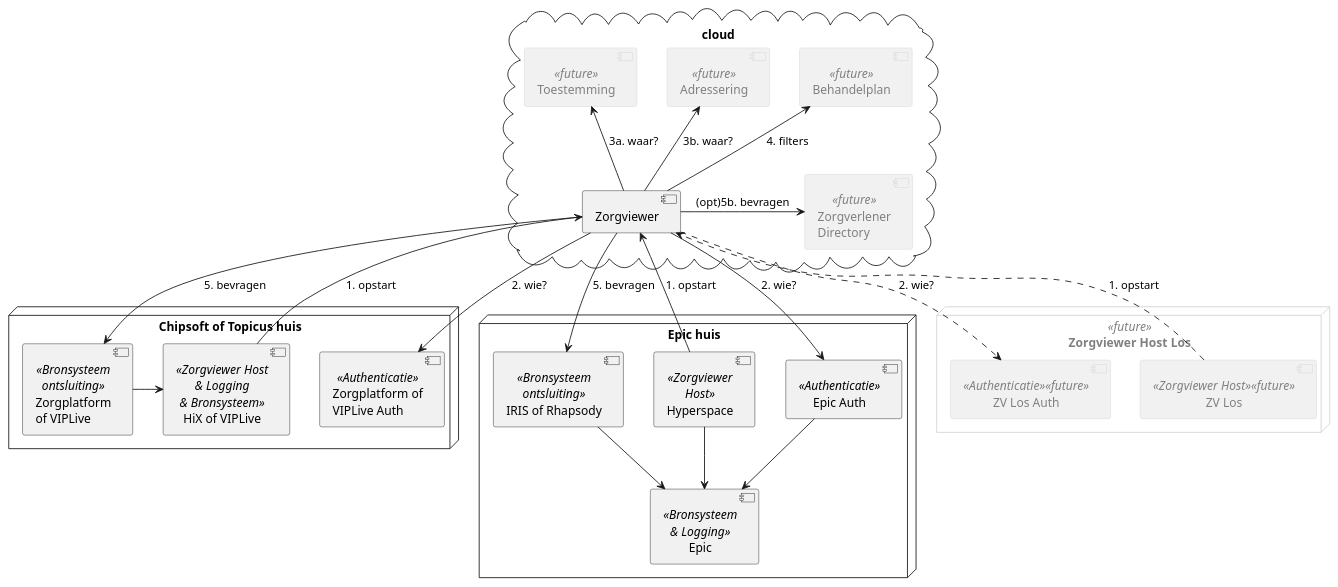
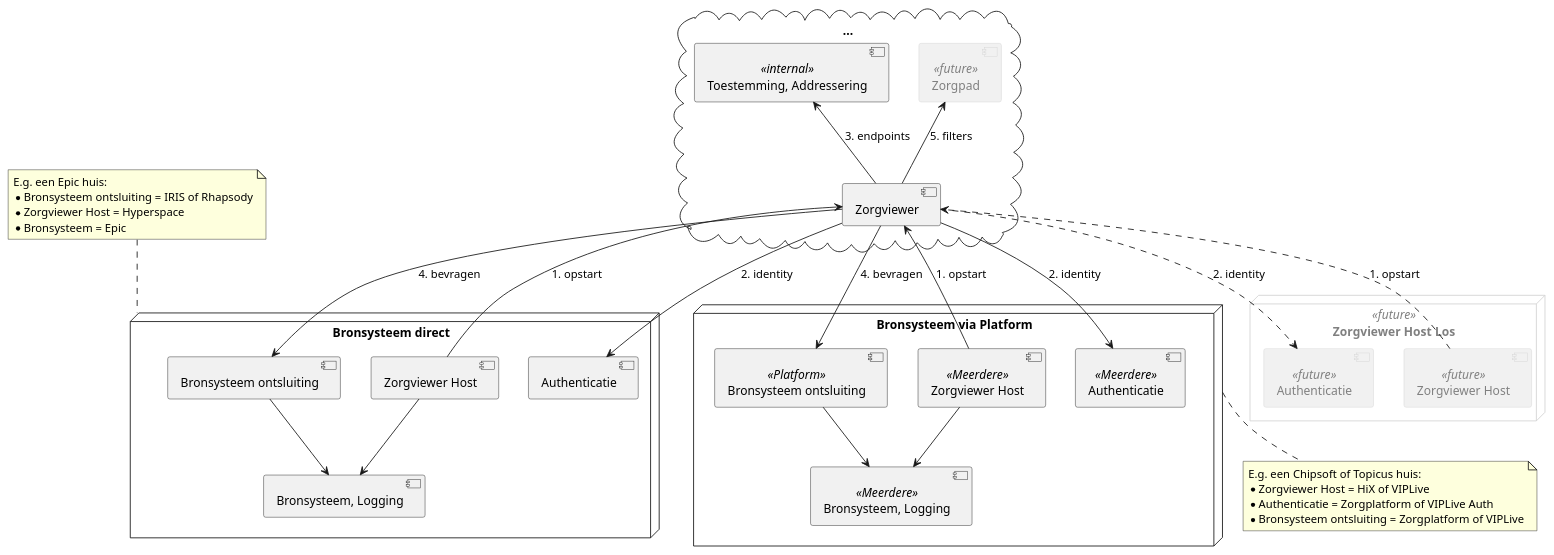
The diagram in input/images-source/Zorgviewer-comp-1.plantuml (RIVO-Noord/zorgviewer-ig), drawn with PlantUML before and after one commit.

Commit message:
Generiek gemaakt

```diff
--- a/input/images-source/Zorgviewer-comp-1.plantuml
+++ b/input/images-source/Zorgviewer-comp-1.plantuml
@@ -1,54 +1,53 @@
 @startuml
 
 skinparam node {
   fontColor<<future>> Gray
   borderColor<<future>> LightGray
 }
 skinparam component {
   fontColor<<future>> Gray
   borderColor<<future>> LightGray
 }
 
-cloud "cloud" {
+cloud "..." {
  [Zorgviewer]
- [Behandelplan] <<future>>
- [Toestemming] <<future>>
- [Adressering] <<future>>
- [Zorgverlener\nDirectory] <<future>>
+ [Zorgpad] <<future>>
+ [Toestemming, Addressering] <<internal>>
 }
 
-node "Epic huis" {
- [Hyperspace] <<Zorgviewer\nHost>>
- [Epic Auth] <<Authenticatie>>
- [IRIS of Rhapsody] <<Bronsysteem\nontsluiting>> as Broker
- [Epic] <<Bronsysteem\n& Logging>>
- [Hyperspace]-->[Epic]
- [Broker]-->[Epic]
- [Epic Auth]-->[Epic]
+node "Bronsysteem direct" as bst1 {
+ [Zorgviewer Host] as bst1_host
+ [Authenticatie] as bst1_auth
+ [Bronsysteem ontsluiting] as bst1_bso
+ [Bronsysteem, Logging] as bst1_bal
+ [bst1_host]-->[bst1_bal]
+ [bst1_bso]-->[bst1_bal]
+}
+note top of bst1 : E.g. een Epic huis:\n* Bronsysteem ontsluiting = IRIS of Rhapsody\n* Zorgviewer Host = Hyperspace\n* Bronsysteem = Epic
+
+node "Bronsysteem via Platform" as bst2 {
+ [Zorgviewer Host] as bst2_host <<Meerdere>>
+ [Authenticatie] as bst2_auth <<Meerdere>>
+ [Bronsysteem ontsluiting] as bst2_bso <<Platform>>
+ [Bronsysteem, Logging] as bst2_bal <<Meerdere>>
+ [bst2_bso]-->[bst2_bal]
+ [bst2_host]-->[bst2_bal]
+}
+note bottom of bst2 : E.g. een Chipsoft of Topicus huis:\n* Zorgviewer Host = HiX of VIPLive\n* Authenticatie = Zorgplatform of VIPLive Auth\n* Bronsysteem ontsluiting = Zorgplatform of VIPLive
+
+node "Zorgviewer Host Los" as bst3 <<future>> {
+ [Zorgviewer Host] as bst3_host <<future>>
+ [Authenticatie] as bst3_auth <<future>>
 }
 
-node "Chipsoft of Topicus huis" {
- [HiX of VIPLive] <<Zorgviewer Host\n& Logging\n& Bronsysteem>>
- [Zorgplatform of\nVIPLive Auth] <<Authenticatie>>
- [Zorgplatform\nof VIPLive] <<Bronsysteem\nontsluiting>>
- [Zorgplatform\nof VIPLive]->[HiX of VIPLive]
-}
-
-node "Zorgviewer Host Los" <<future>> {
- [ZV Los] <<Zorgviewer Host>> <<future>>
- [ZV Los Auth] <<Authenticatie>> <<future>>
-}
-
-[Hyperspace]-u->[Zorgviewer] :  1. opstart
-[HiX of VIPLive]-u->[Zorgviewer] : 1. opstart
-[ZV Los]..>[Zorgviewer] : 1. opstart
-[Zorgviewer]-d->[Epic Auth] : 2. wie?
-[Zorgviewer]..>[ZV Los Auth] : 2. wie?
-[Zorgviewer]-d->[Zorgplatform of\nVIPLive Auth] : 2. wie?
-[Zorgviewer]-u->[Toestemming] : 3a. waar?
-[Zorgviewer]-u->[Adressering] : 3b. waar?
-[Zorgviewer]-u->[Behandelplan] : 4. filters
-[Zorgviewer]->[Zorgplatform\nof VIPLive] : 5. bevragen
-[Zorgviewer]->[Broker] : 5. bevragen
-[Zorgviewer]->[Zorgverlener\nDirectory] : (opt)5b. bevragen
+[bst1_host]-u->[Zorgviewer] :  1. opstart
+[bst2_host]-u->[Zorgviewer] : 1. opstart
+[bst3_host]..>[Zorgviewer] : 1. opstart
+[Zorgviewer]-d->[bst1_auth] : 2. identity
+[Zorgviewer]..>[bst3_auth] : 2. identity
+[Zorgviewer]-d->[bst2_auth] : 2. identity
+[Zorgviewer]-u->[Toestemming, Addressering] : 3. endpoints
+[Zorgviewer]->[bst1_bso] : 4. bevragen
+[Zorgviewer]->[bst2_bso] : 4. bevragen
+[Zorgviewer]-u->[Zorgpad] : 5. filters
 @enduml
```
